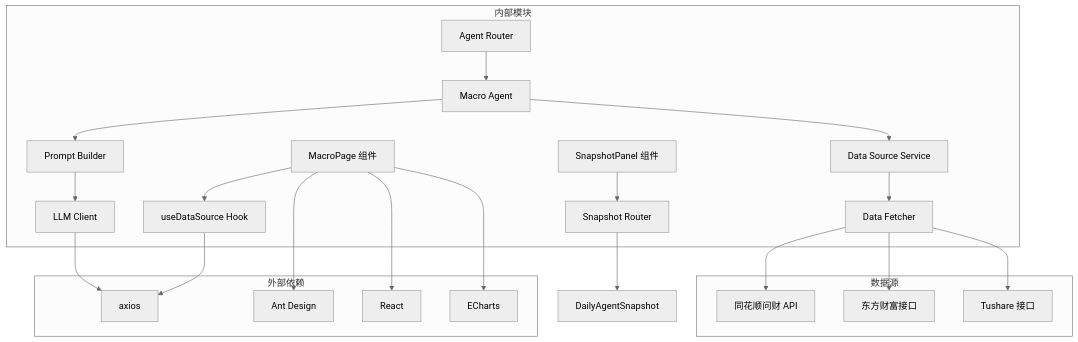
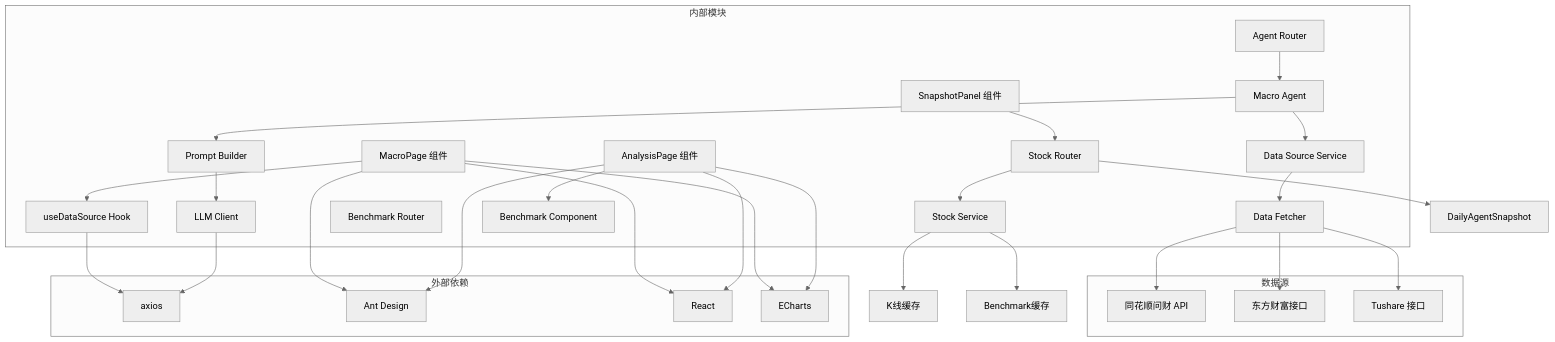
Before and after one commit to Moruime/stock_foker: diagram 12 of 12 in .qoder/repowiki/zh/content/前端组件/页面组件/宏观页面增强功能.md, drawn with Mermaid (neutral theme). The commit also changed other lines of this file and 16 other files, not shown here.

````diff
--- a/.qoder/repowiki/zh/content/前端组件/页面组件/宏观页面增强功能.md
+++ b/.qoder/repowiki/zh/content/前端组件/页面组件/宏观页面增强功能.md
@@ -446,42 +570,53 @@
 ```mermaid
 graph TB
 subgraph "外部依赖"
 AX[axios]
 AD[Ant Design]
 RE[React]
 EC[ECharts]
 end
 subgraph "内部模块"
 MP[MacroPage 组件]
+AP[AnalysisPage 组件]
 SP[SnapshotPanel 组件]
 DS[useDataSource Hook]
 AR[Agent Router]
+SR[Stock Router]
 MA[Macro Agent]
+SS[Stock Service]
 DSF[Data Source Service]
 DF[Data Fetcher]
-SR[Snapshot Router]
+BR[Benchmark Router]
 PR[Prompt Builder]
 CL[LLM Client]
+BC[Benchmark Component]
 end
 subgraph "数据源"
 HI[同花顺问财 API]
 EM[东方财富接口]
 TS[Tushare 接口]
 end
 MP --> DS
+AP --> BC
 SP --> SR
 DS --> AX
 MP --> AD
+AP --> AD
 MP --> RE
+AP --> RE
 MP --> EC
+AP --> EC
 AR --> MA
+SR --> SS
+SS --> KC[K线缓存]
+SS --> BD[Benchmark缓存]
 MA --> DSF
 DSF --> DF
 DF --> HI
 DF --> EM
 DF --> TS
 MA --> PR
 PR --> CL
 CL --> AX
 SR --> DNS[DailyAgentSnapshot]
 ```
````
